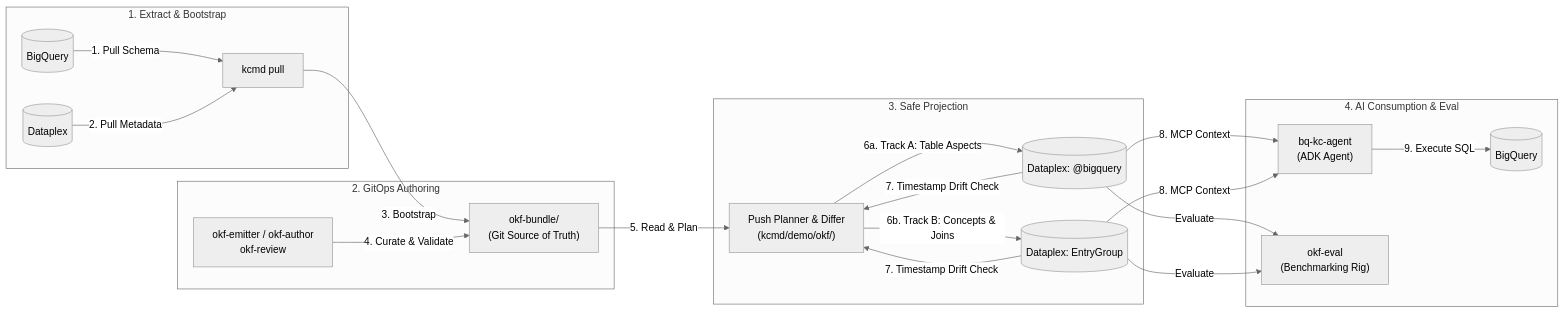
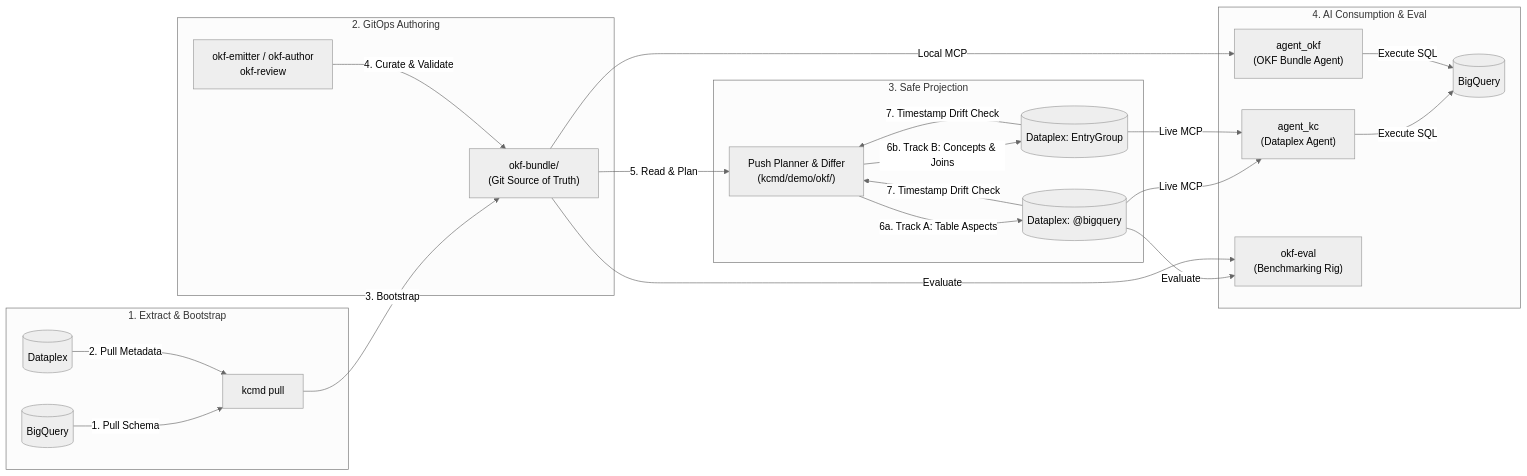
Before and after one commit to Royston88/okf-knowledge-catalog-agent-demo: the diagram in README.md, drawn with Mermaid (neutral theme). The commit also changed other lines of this file, not shown here.

Commit message:
docs: update README with dual-agent architecture, smoke testing, and FastAPI workflows

````diff
--- a/README.md
+++ b/README.md
@@ -15,25 +15,26 @@
 ```mermaid
 graph LR
     subgraph S1 ["1. Extract & Bootstrap"]
         BQ1[("BigQuery")] -->|"1. Pull Schema"| KCMD1["kcmd pull"]
         KC1[("Dataplex")] -->|"2. Pull Metadata"| KCMD1
     end
 
     subgraph S2 ["2. GitOps Authoring"]
         KCMD1 -->|"3. Bootstrap"| Bundle2["okf-bundle/\n(Git Source of Truth)"]
         Tools2["okf-emitter / okf-author\nokf-review"] -->|"4. Curate & Validate"| Bundle2
     end
 
     subgraph S3 ["3. Safe Projection"]
         Bundle2 -->|"5. Read & Plan"| Planner3["Push Planner & Differ\n(kcmd/demo/okf/)"]
         Planner3 -->|"6a. Track A: Table Aspects"| TrackA3[("Dataplex: @bigquery")]
         Planner3 -->|"6b. Track B: Concepts & Joins"| TrackB3[("Dataplex: EntryGroup")]
         TrackA3 & TrackB3 -->|"7. Timestamp Drift Check"| Planner3
     end
 
     subgraph S4 ["4. AI Consumption & Eval"]
-        TrackA3 & TrackB3 -->|"8. MCP Context"| Agent4["bq-kc-agent\n(ADK Agent)"]
-        Agent4 -->|"9. Execute SQL"| BQ4[("BigQuery")]
-        TrackA3 & TrackB3 -->|"Evaluate"| Eval4["okf-eval\n(Benchmarking Rig)"]
+        TrackA3 & TrackB3 -->|"Live MCP"| AgentKC["agent_kc\n(Dataplex Agent)"]
+        Bundle2 -->|"Local MCP"| AgentOKF["agent_okf\n(OKF Bundle Agent)"]
+        AgentKC & AgentOKF -->|"Execute SQL"| BQ4[("BigQuery")]
+        TrackA3 & Bundle2 -->|"Evaluate"| Eval4["okf-eval\n(Benchmarking Rig)"]
     end
 ```
````
